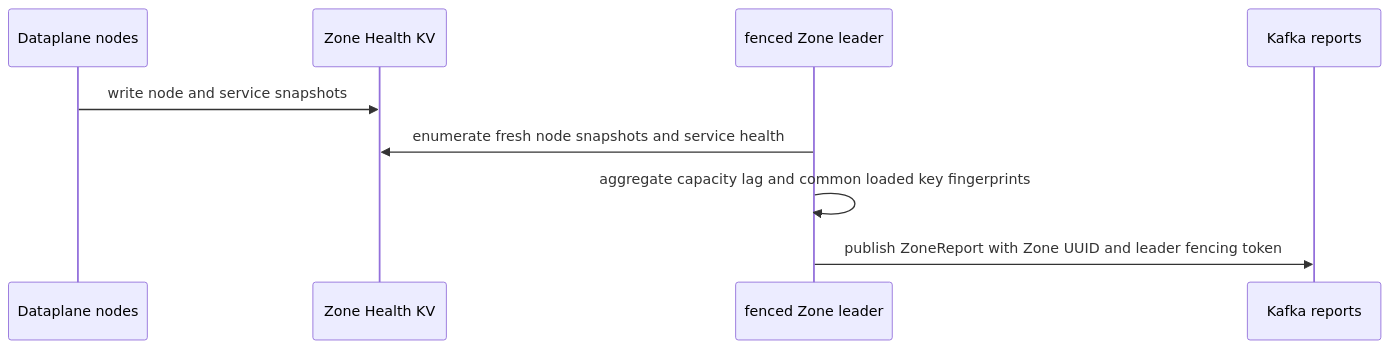
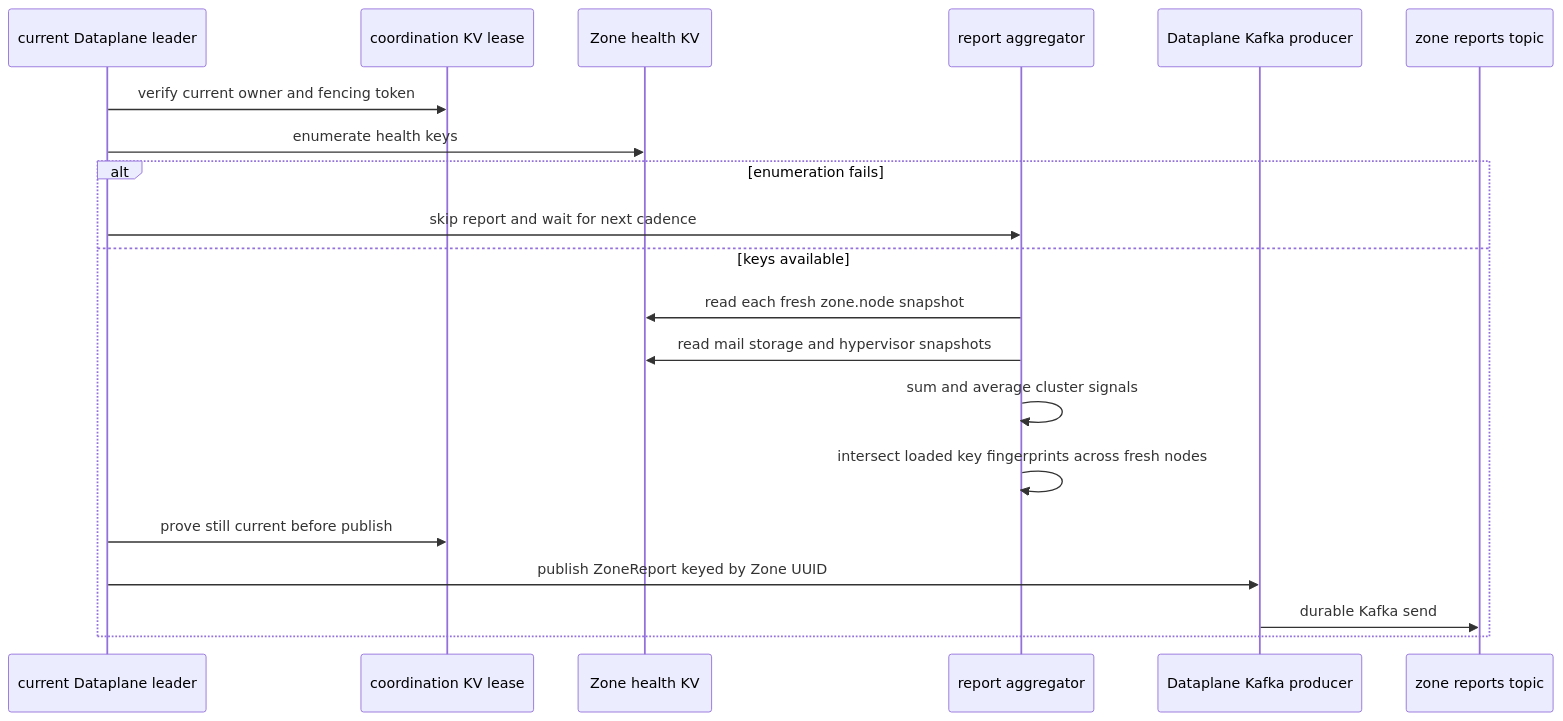
One commit to phucle996/aurora changed the second of 4 diagrams in god_view/zone_runtime/zone_health_report_writeback_god_view_workflow.md. Above: the diagram before and after it, drawn with Mermaid. The commit also changed other lines of this file and 68 other files, not shown here.

Commit message:
refactor zone storage transfer and update architecture docs

````diff
--- a/god_view/zone_runtime/zone_health_report_writeback_god_view_workflow.md
+++ b/god_view/zone_runtime/zone_health_report_writeback_god_view_workflow.md
@@ -30,11 +115,23 @@
 ```mermaid
 sequenceDiagram
-    participant N as Dataplane nodes
-    participant KV as Zone Health KV
-    participant L as fenced Zone leader
-    participant K as Kafka reports
-    N->>KV: write node and service snapshots
-    L->>KV: enumerate fresh node snapshots and service health
-    L->>L: aggregate capacity lag and common loaded key fingerprints
-    L->>K: publish ZoneReport with Zone UUID and leader fencing token
+    participant LE as current Dataplane leader
+    participant CKV as coordination KV lease
+    participant HKV as Zone health KV
+    participant AG as report aggregator
+    participant KP as Dataplane Kafka producer
+    participant KR as zone reports topic
+
+    LE->>CKV: verify current owner and fencing token
+    LE->>HKV: enumerate health keys
+    alt enumeration fails
+        LE->>AG: skip report and wait for next cadence
+    else keys available
+        AG->>HKV: read each fresh zone.node snapshot
+        AG->>HKV: read mail storage and hypervisor snapshots
+        AG->>AG: sum and average cluster signals
+        AG->>AG: intersect loaded key fingerprints across fresh nodes
+        LE->>CKV: prove still current before publish
+        LE->>KP: publish ZoneReport keyed by Zone UUID
+        KP->>KR: durable Kafka send
+    end
 ```
````
